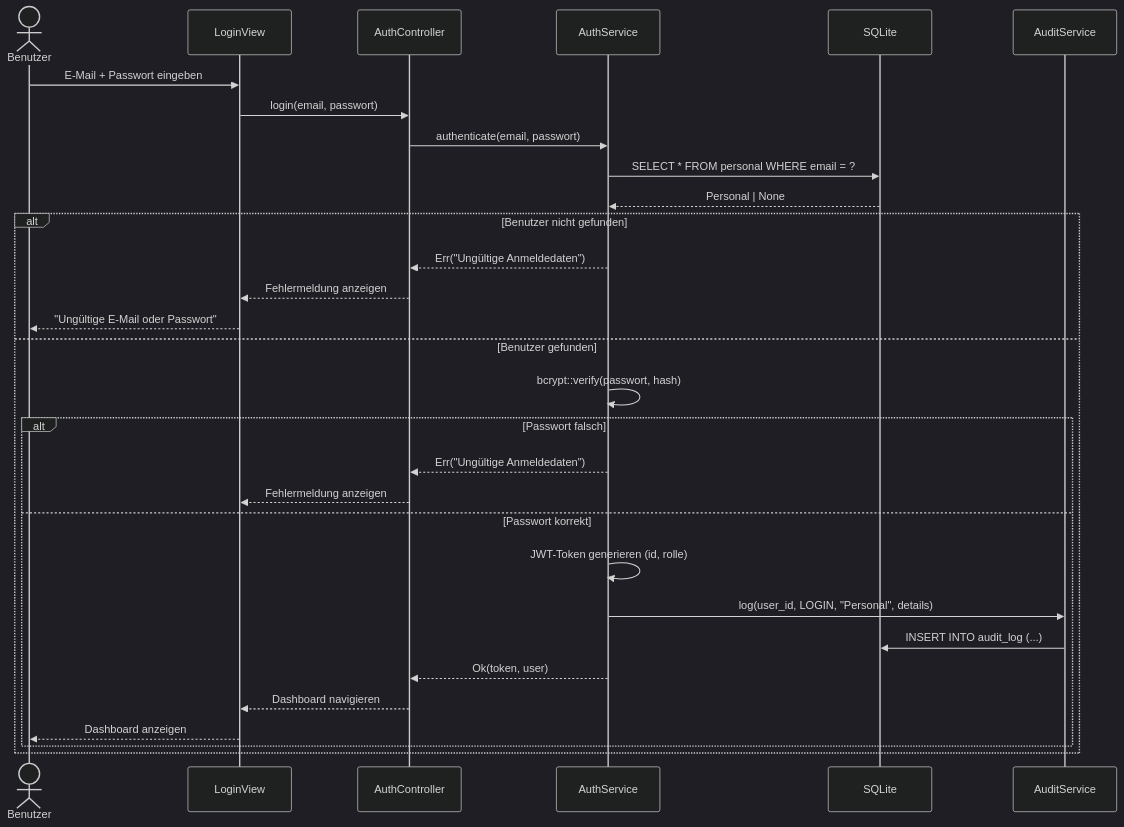
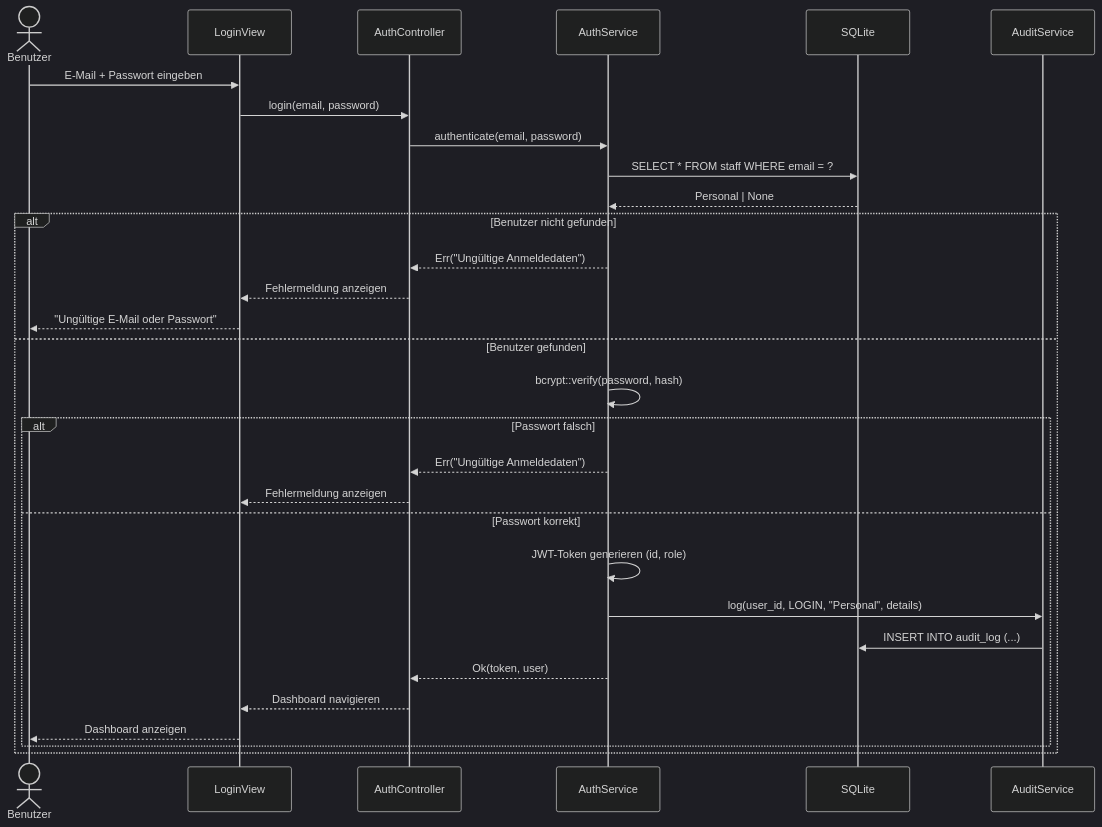
The first of 5 diagrams in docs/uml/03-sequence-diagram.md (Achrafbennanizia/Medoc), drawn with Mermaid (dark theme) before and after one commit. The commit also changed other lines of this file and 1081 other files, not shown here.

````diff
--- a/docs/uml/03-sequence-diagram.md
+++ b/docs/uml/03-sequence-diagram.md
@@ -8,34 +8,34 @@
 ```mermaid
 sequenceDiagram
     actor Benutzer
     participant View as LoginView
     participant Controller as AuthController
     participant Service as AuthService
     participant DB as SQLite
     participant Audit as AuditService
 
     Benutzer->>View: E-Mail + Passwort eingeben
-    View->>Controller: login(email, passwort)
-    Controller->>Service: authenticate(email, passwort)
-    Service->>DB: SELECT * FROM personal WHERE email = ?
+    View->>Controller: login(email, password)
+    Controller->>Service: authenticate(email, password)
+    Service->>DB: SELECT * FROM staff WHERE email = ?
     DB-->>Service: Personal | None
 
     alt Benutzer nicht gefunden
         Service-->>Controller: Err("Ungültige Anmeldedaten")
         Controller-->>View: Fehlermeldung anzeigen
         View-->>Benutzer: "Ungültige E-Mail oder Passwort"
     else Benutzer gefunden
-        Service->>Service: bcrypt::verify(passwort, hash)
+        Service->>Service: bcrypt::verify(password, hash)
         alt Passwort falsch
             Service-->>Controller: Err("Ungültige Anmeldedaten")
             Controller-->>View: Fehlermeldung anzeigen
         else Passwort korrekt
-            Service->>Service: JWT-Token generieren (id, rolle)
+            Service->>Service: JWT-Token generieren (id, role)
             Service->>Audit: log(user_id, LOGIN, "Personal", details)
             Audit->>DB: INSERT INTO audit_log (...)
             Service-->>Controller: Ok(token, user)
             Controller-->>View: Dashboard navigieren
             View-->>Benutzer: Dashboard anzeigen
         end
     end
 ```
````
